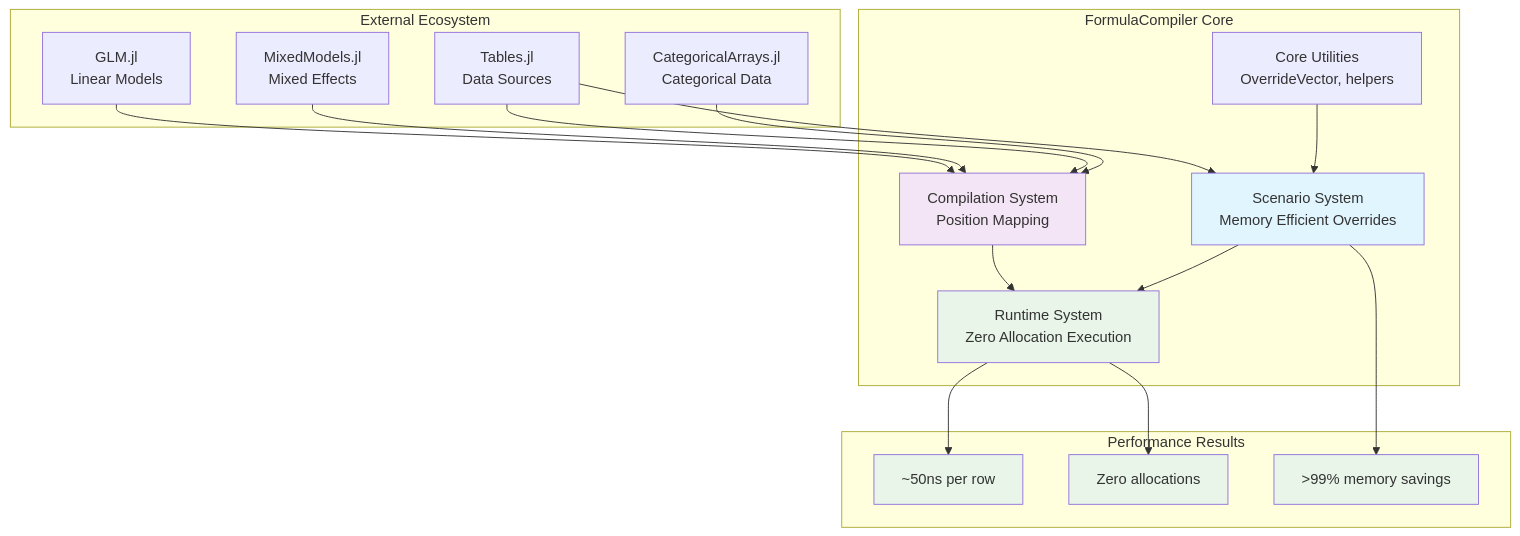
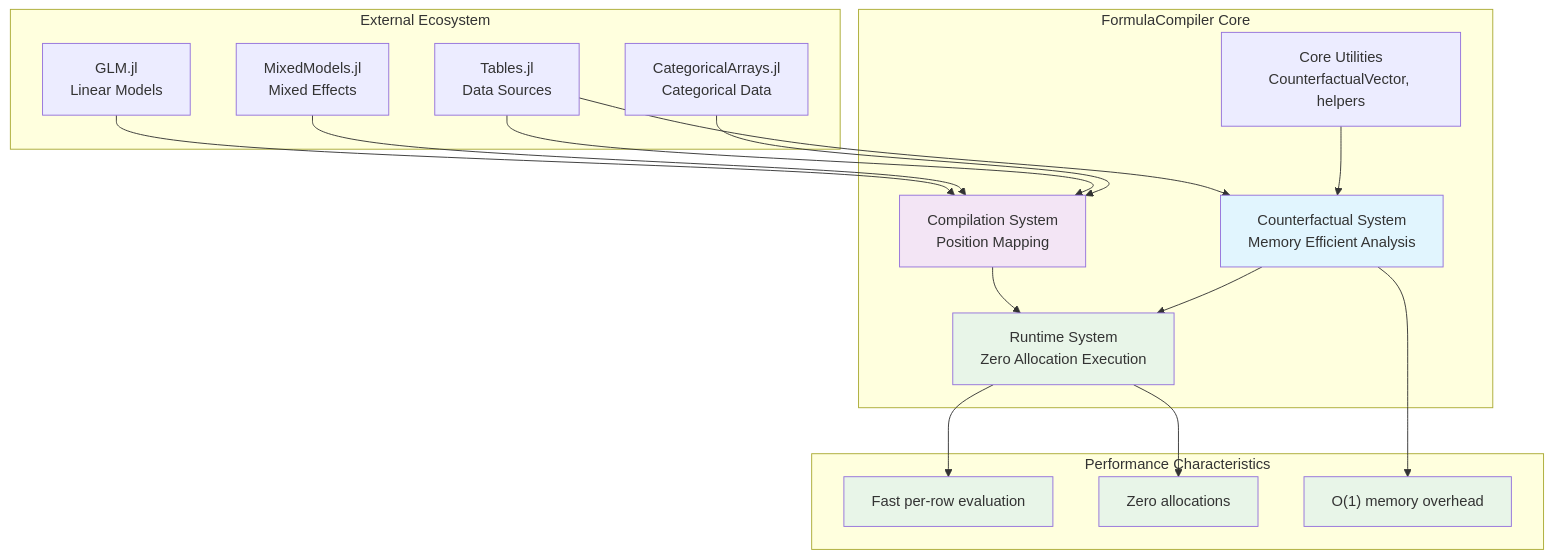
Before and after one commit to emfeltham/FormulaCompiler.jl: the diagram in docs/src/assets/src_architecture_diagram_6.mmd, drawn with Mermaid. The commit also changed 11 other files, not shown here.

Commit message:
docs: diagrams

```diff
--- a/docs/src/assets/src_architecture_diagram_6.mmd
+++ b/docs/src/assets/src_architecture_diagram_6.mmd
@@ -1,40 +1,40 @@
 graph TB
     subgraph "External Ecosystem"
         GLM["GLM.jl<br>Linear Models"]
         MM["MixedModels.jl<br>Mixed Effects"]
         Data["Tables.jl<br>Data Sources"]
         Cat["CategoricalArrays.jl<br>Categorical Data"]
     end
     
     subgraph "FormulaCompiler Core"
         Comp["Compilation System<br>Position Mapping"]
         Exec["Runtime System<br>Zero Allocation Execution"]
-        Scen["Scenario System<br>Memory Efficient Overrides"]
-        Utils["Core Utilities<br>OverrideVector, helpers"]
+        Scen["Counterfactual System<br>Memory Efficient Analysis"]
+        Utils["Core Utilities<br>CounterfactualVector, helpers"]
     end
-    
-    subgraph "Performance Results"
-        Perf1["~50ns per row"]
-        Perf2["Zero allocations"] 
-        Perf3[">99% memory savings"]
+
+    subgraph "Performance Characteristics"
+        Perf1["Fast per-row evaluation"]
+        Perf2["Zero allocations"]
+        Perf3["O(1) memory overhead"]
     end
     
     GLM --> Comp
     MM --> Comp
     Data --> Comp
     Cat --> Comp
     Comp --> Exec
     Data --> Scen
     Utils --> Scen
     Scen --> Exec
     
     Exec --> Perf1
     Exec --> Perf2
     Scen --> Perf3
     
     style Comp fill:#f3e5f5
     style Exec fill:#e8f5e8  
     style Scen fill:#e1f5fe
     style Perf1 fill:#e8f5e8
     style Perf2 fill:#e8f5e8
     style Perf3 fill:#e8f5e8
```
